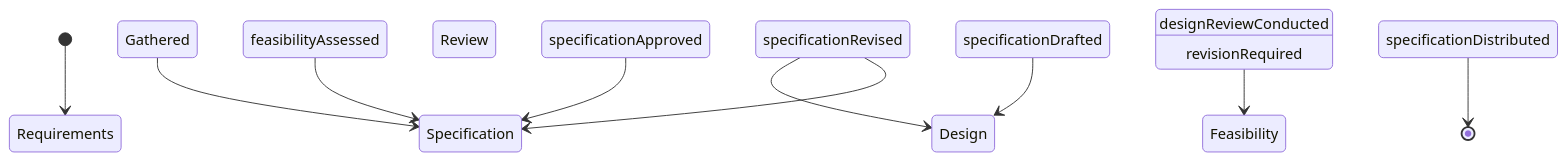
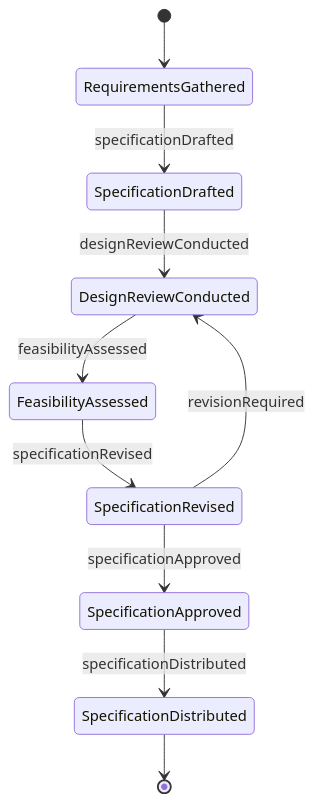
One commit to dot-org-ai/tasks.org.ai changed the second of 4 diagrams in CommunicatingWithSupervisorsPeersOrSubordinates/CommunicateWithOthersAboutSpecificationsOrProjectDetails/CollaborateOthersDetermineDesignSpecifications.mdx. Above: the diagram before and after it, drawn with Mermaid. The commit also changed 515 other files, not shown here.

````diff
--- a/CommunicatingWithSupervisorsPeersOrSubordinates/CommunicateWithOthersAboutSpecificationsOrProjectDetails/CollaborateOthersDetermineDesignSpecifications.mdx
+++ b/CommunicatingWithSupervisorsPeersOrSubordinates/CommunicateWithOthersAboutSpecificationsOrProjectDetails/CollaborateOthersDetermineDesignSpecifications.mdx
@@ -96,12 +96,12 @@
 ```mermaid
 stateDiagram-v2
-    [*] --> Requirements Gathered
-    Requirements Gathered --> Specification Drafted : specificationDrafted
-    Specification Drafted --> Design Review Conducted : designReviewConducted
-    Design Review Conducted --> Feasibility Assessed : feasibilityAssessed
-    Feasibility Assessed --> Specification Revised : specificationRevised
-    Specification Revised --> Design Review Conducted : revisionRequired
-    Specification Revised --> Specification Approved : specificationApproved
-    Specification Approved --> Specification Distributed : specificationDistributed
-    Specification Distributed --> [*]
+    [*] --> RequirementsGathered
+    RequirementsGathered --> SpecificationDrafted : specificationDrafted
+    SpecificationDrafted --> DesignReviewConducted : designReviewConducted
+    DesignReviewConducted --> FeasibilityAssessed : feasibilityAssessed
+    FeasibilityAssessed --> SpecificationRevised : specificationRevised
+    SpecificationRevised --> DesignReviewConducted : revisionRequired
+    SpecificationRevised --> SpecificationApproved : specificationApproved
+    SpecificationApproved --> SpecificationDistributed : specificationDistributed
+    SpecificationDistributed --> [*]
 ```
````
